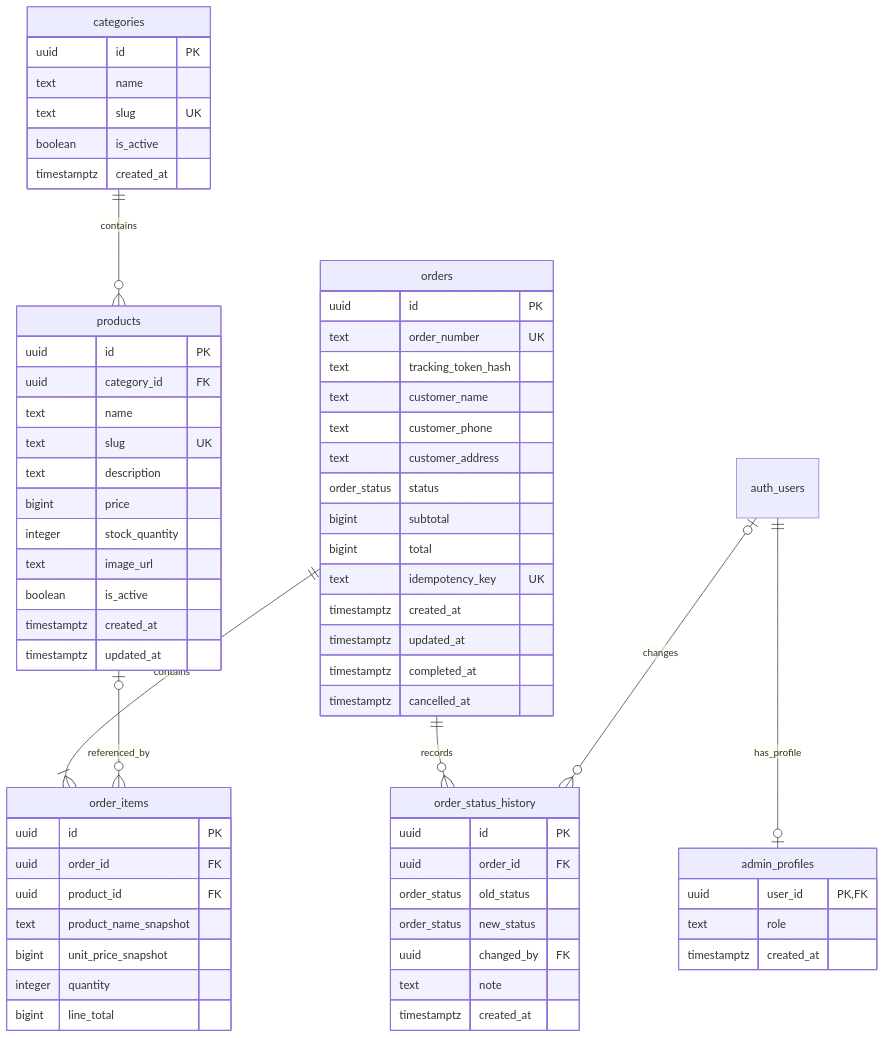
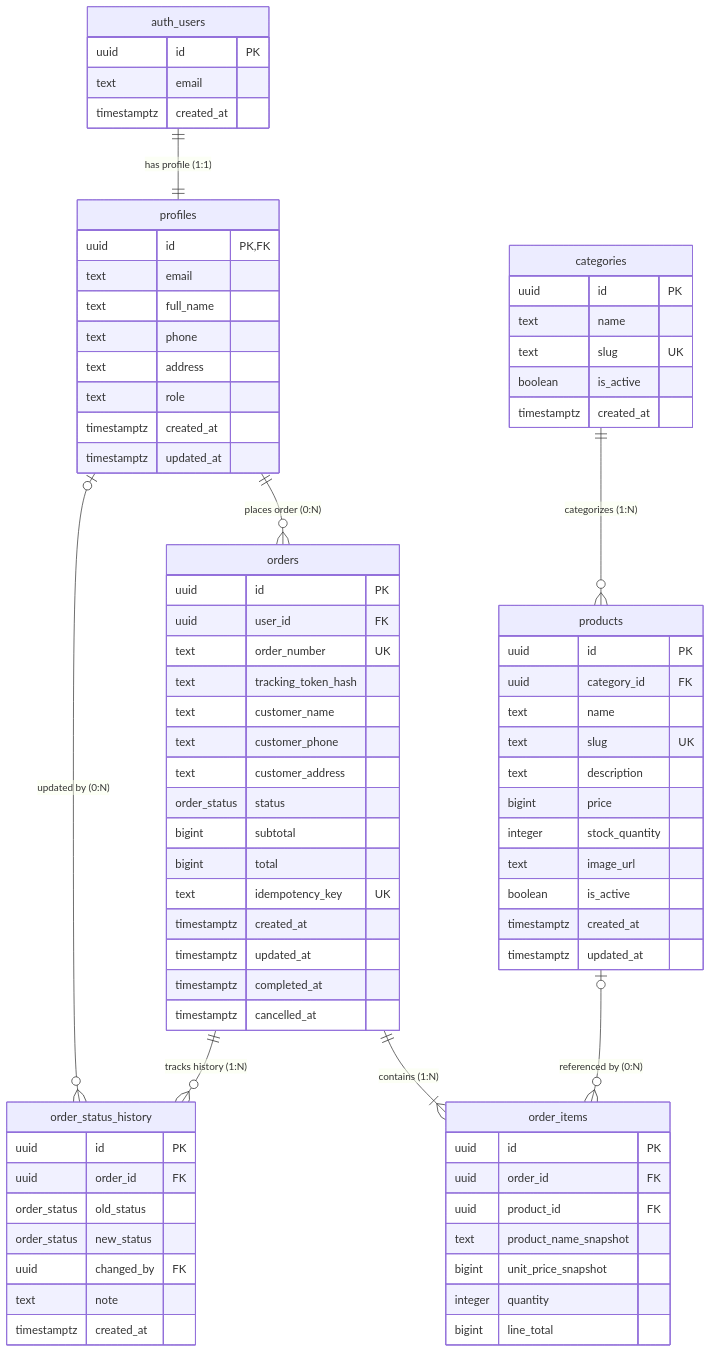
One commit to ulhaqjackyhaw/mini_ecommerce changed the first of 4 diagrams in docs/ERD_AND_FLOWCHART.md. Above: the diagram before and after it, drawn with Mermaid. The commit also changed other lines of this file and 1 other file, not shown here.

Commit message:
docs: update and perfect PRD and ERD & Flowchart to reflect complete AmaraStore architecture

````diff
--- a/docs/ERD_AND_FLOWCHART.md
+++ b/docs/ERD_AND_FLOWCHART.md
@@ -7,5 +11,22 @@
 ```mermaid
 erDiagram
+    auth_users {
+        uuid id PK
+        text email
+        timestamptz created_at
+    }
+
+    profiles {
+        uuid id PK, FK
+        text email
+        text full_name
+        text phone
+        text address
+        text role
+        timestamptz created_at
+        timestamptz updated_at
+    }
+
     categories {
         uuid id PK
         text name
@@ -28,14 +49,9 @@
         timestamptz updated_at
     }
 
-    admin_profiles {
-        uuid user_id PK, FK
-        text role
-        timestamptz created_at
-    }
-
     orders {
         uuid id PK
+        uuid user_id FK
         text order_number UK
         text tracking_token_hash
         text customer_name
@@ -71,10 +87,11 @@
         timestamptz created_at
     }
 
-    categories ||--o{ products : contains
-    auth_users ||--o| admin_profiles : has_profile
-    orders ||--|{ order_items : contains
-    products o|--o{ order_items : referenced_by
-    orders ||--o{ order_status_history : records
-    auth_users o|--o{ order_status_history : changes
+    auth_users ||--|| profiles : "has profile (1:1)"
+    profiles ||--o{ orders : "places order (0:N)"
+    categories ||--o{ products : "categorizes (1:N)"
+    orders ||--|{ order_items : "contains (1:N)"
+    products o|--o{ order_items : "referenced by (0:N)"
+    orders ||--o{ order_status_history : "tracks history (1:N)"
+    profiles o|--o{ order_status_history : "updated by (0:N)"
 ```
````
